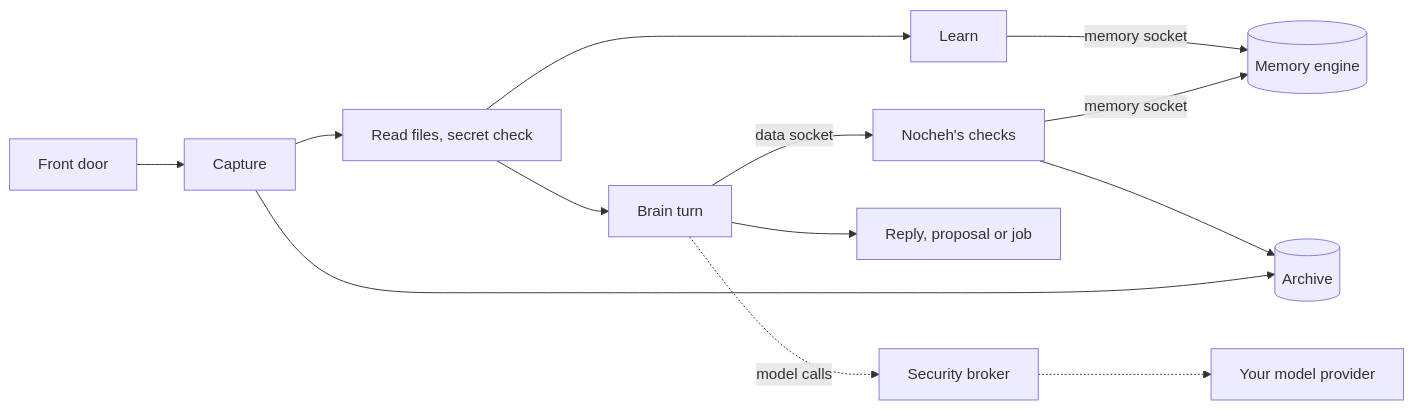
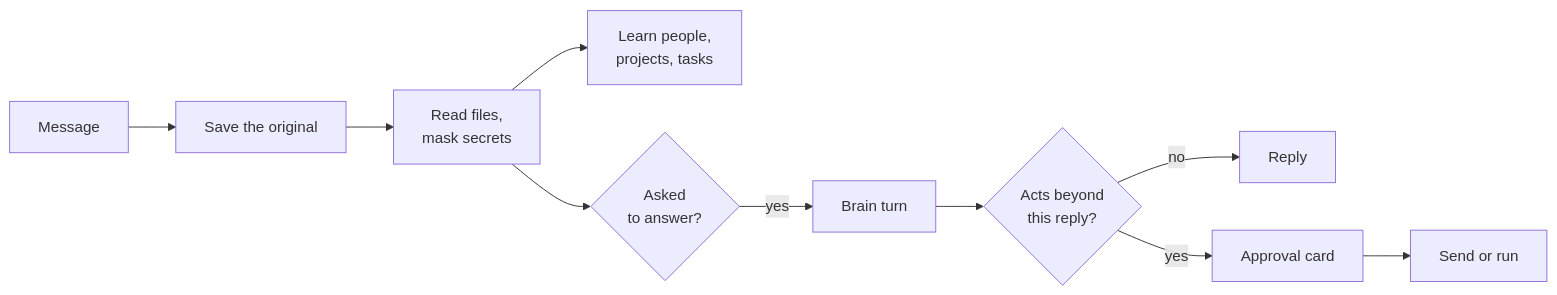
Before and after one commit to PlaygrndLabs/nocheh: the second of 3 diagrams in README.md, drawn with Mermaid. The commit also changed other lines of this file and 2 other files, not shown here.

First line of the commit message:
docs(readme): cut to diagrams and quick start, move details to docs

````diff
--- a/README.md
+++ b/README.md
@@ -137,13 +30,9 @@
 ```mermaid
 flowchart LR
-  door["Front door"] --> capture["Capture"] --> prepare["Read files, secret check"]
-  capture --> archive[("Archive")]
-  prepare --> learn["Learn"]
-  prepare --> turn["Brain turn"]
-  turn -- "data socket" --> checks["Nocheh's checks"]
-  checks --> archive
-  checks -- "memory socket" --> memory[("Memory engine")]
-  learn -- "memory socket" --> memory
-  turn --> result["Reply, proposal or job"]
-  turn -. "model calls" .-> broker["Security broker"] -.-> provider["Your model provider"]
+  IN["Message"] --> SAVE["Save the original"] --> READ["Read files,<br/>mask secrets"]
+  READ --> LEARN["Learn people,<br/>projects, tasks"]
+  READ --> ASK{"Asked<br/>to answer?"}
+  ASK -- "yes" --> TURN["Brain turn"] --> ACT{"Acts beyond<br/>this reply?"}
+  ACT -- "no" --> REPLY["Reply"]
+  ACT -- "yes" --> CARD["Approval card"] --> DO["Send or run"]
 ```
````
